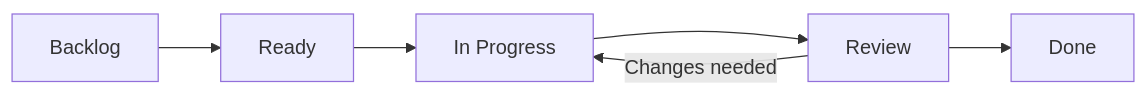
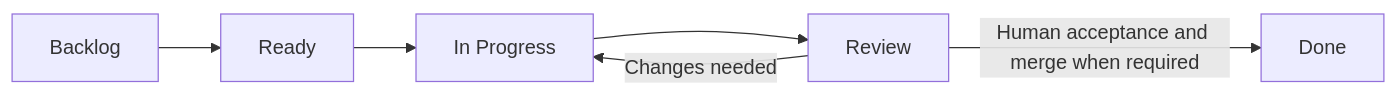
Before and after one commit to jairzinhosantos/thinking-harness: the diagram in docs/operating-model.md, drawn with Mermaid. The commit also changed other lines of this file and 5 other files, not shown here.

Commit message:
docs: clarify human review and merge gates

````diff
--- a/docs/operating-model.md
+++ b/docs/operating-model.md
@@ -5,8 +5,8 @@
 ```mermaid
 flowchart LR
     B[Backlog] --> R[Ready]
     R --> P[In Progress]
     P --> V[Review]
-    V --> D[Done]
+    V -->|Human acceptance and merge when required| D[Done]
     V -->|Changes needed| P
 ```
````
